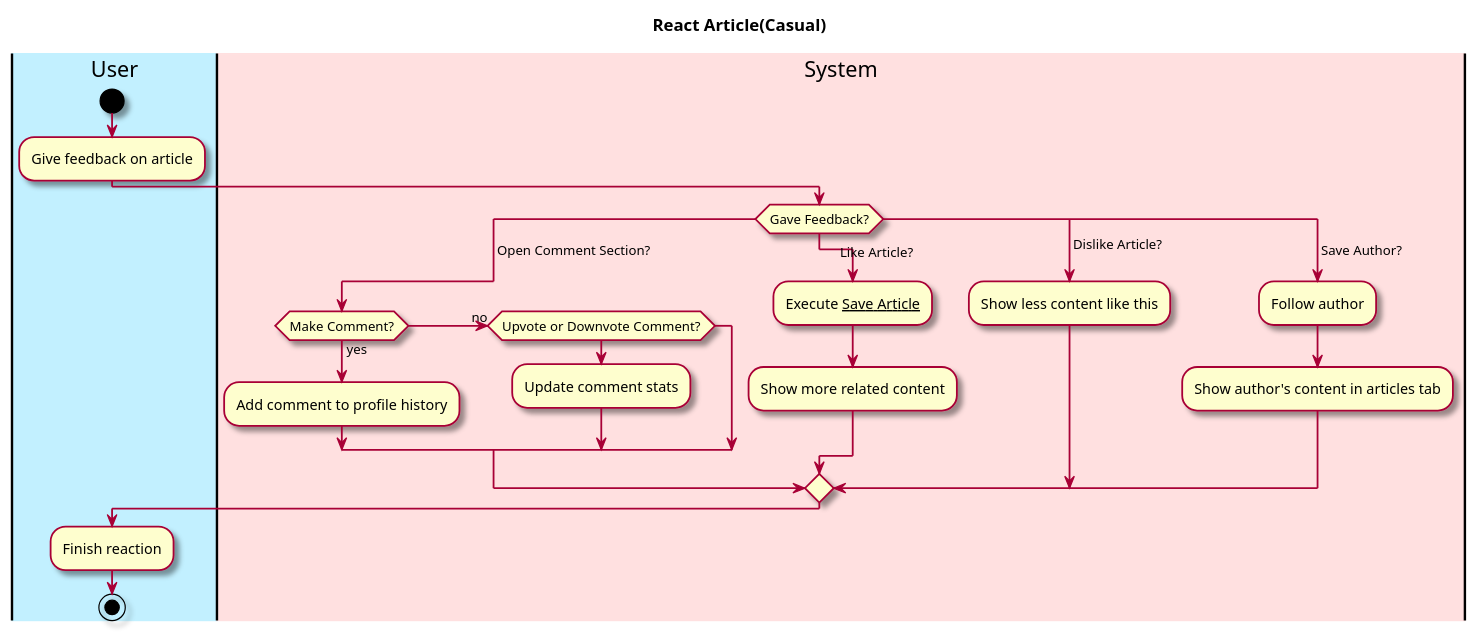
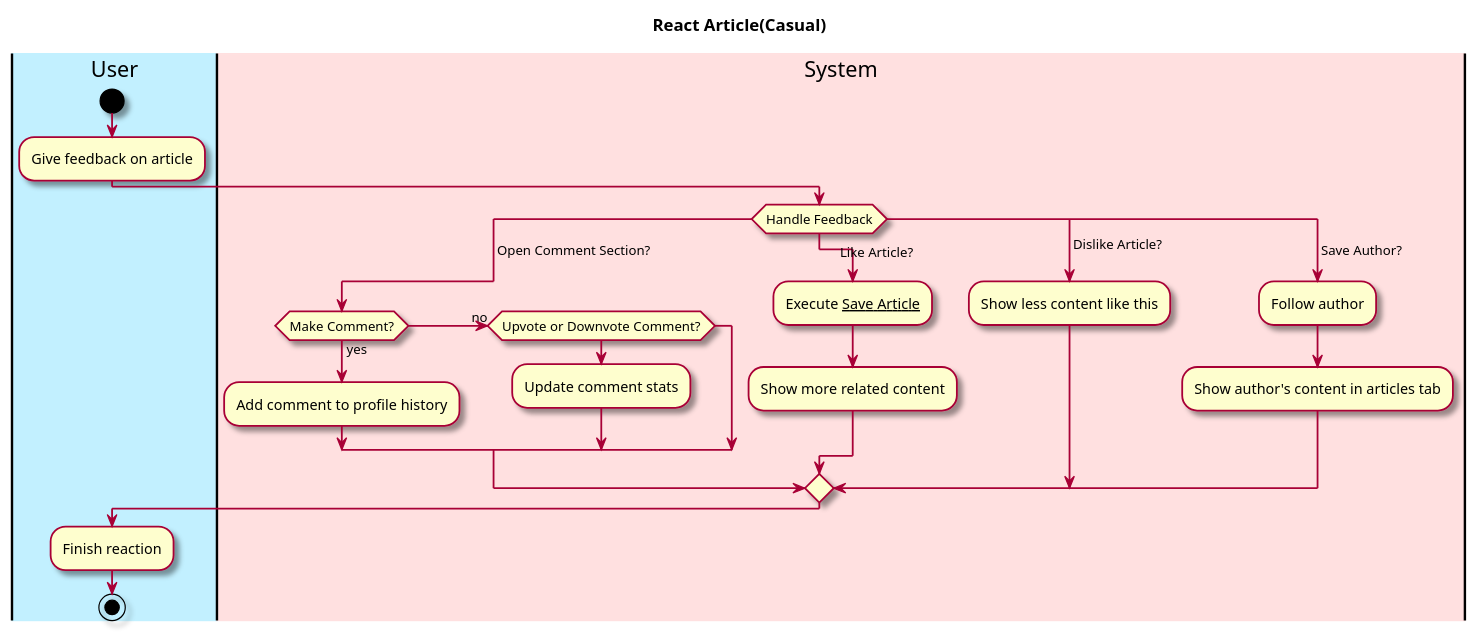
One commit to owhitleym-ui/EcoScoop changed the diagram in intellij/doc/Functional Specification/react-article.md. Above: the diagram before and after it, drawn with PlantUML. The commit also changed 9 other files, not shown here.

````diff
--- a/intellij/doc/Functional Specification/react-article.md
+++ b/intellij/doc/Functional Specification/react-article.md
@@ -27,45 +27,45 @@
 ```plantuml
 @startuml
 
 skin rose
 
 title React Article(Casual)
 
 'define the lanes
 |#application|User|
 |#implementation|System|
 
 |User|
 start
 :Give feedback on article;
 
 |System|
-switch (Gave Feedback?)
+switch (Handle Feedback)
 
     case ( Open Comment Section?)
         if (Make Comment?) then (yes)
             |System|
             :Add comment to profile history;
         (no)elseif (Upvote or Downvote Comment?)
             |System|
             :Update comment stats;
         endif
     case (      Like Article?)
         |System|
         :Execute __Save Article__;
         :Show more related content;
     case ( Dislike Article?)
         :Show less content like this;
     case ( Save Author?) 
         |System|
         :Follow author;
         :Show author's content in articles tab;
 endswitch
 
 
 |User|
 :Finish reaction;
 
 stop
 @enduml
 ```
````
